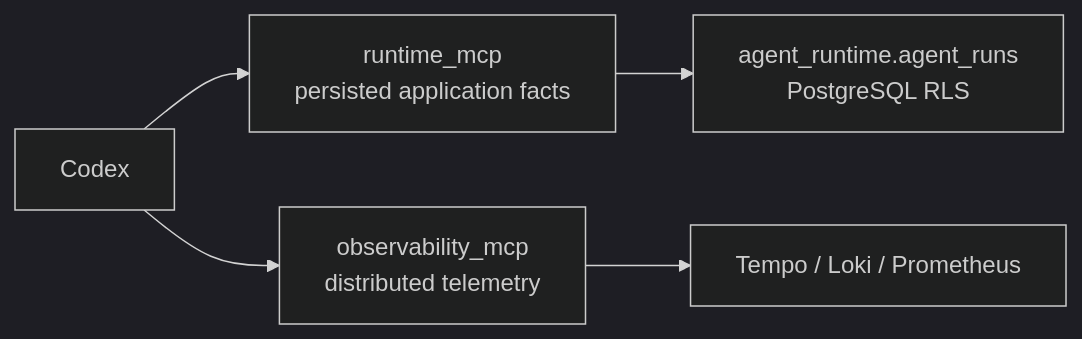
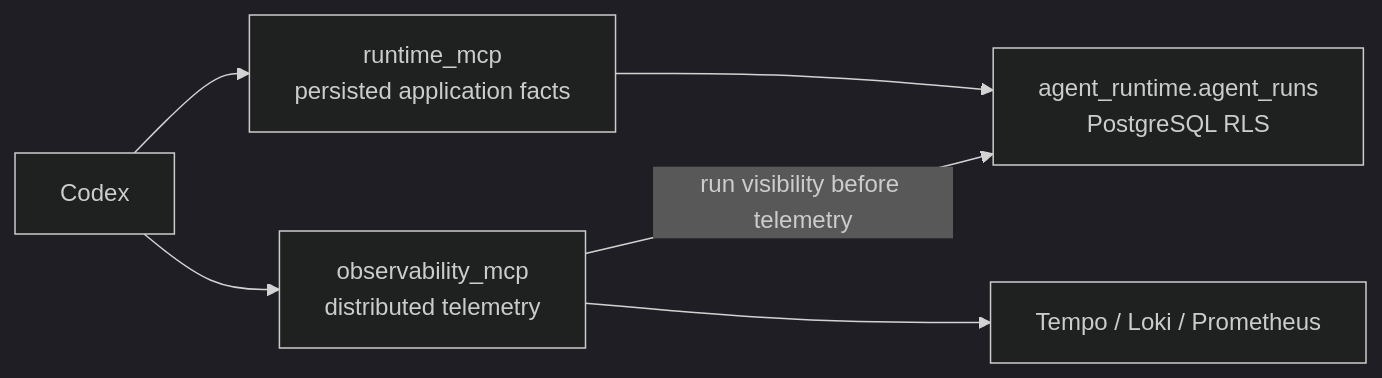
Before and after one commit to aboerzel/industrial-ai-agent: the third of 21 diagrams in docs/architecture/overview.md, drawn with Mermaid (dark theme). The commit also changed other lines of this file and 14 other files, not shown here.

Commit message:
fix: enforce run visibility for observability

````diff
--- a/docs/architecture/overview.md
+++ b/docs/architecture/overview.md
@@ -283,7 +284,8 @@
 ```mermaid
 flowchart LR
     Codex --> Runtime["runtime_mcp\npersisted application facts"]
     Codex --> Observability["observability_mcp\ndistributed telemetry"]
     Runtime --> Runs["agent_runtime.agent_runs\nPostgreSQL RLS"]
+    Observability -->|run visibility before telemetry| Runs
     Observability --> Backends["Tempo / Loki / Prometheus"]
 ```
````
